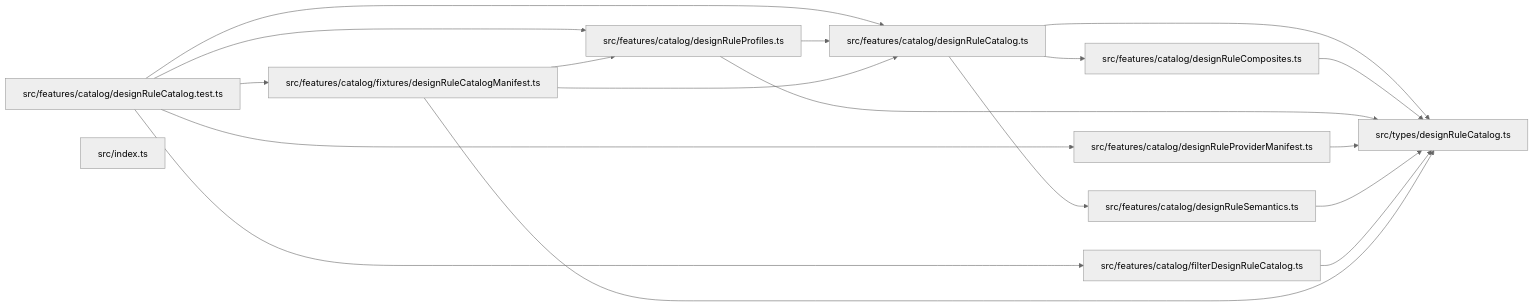
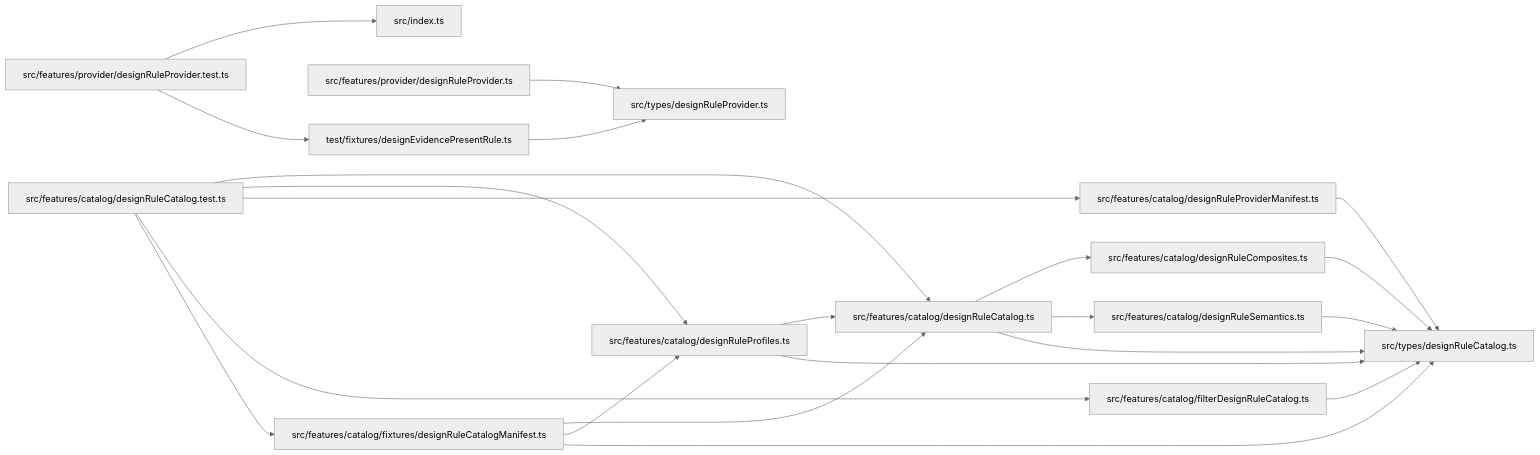
One commit to ankhorage/rules-design changed the diagram in paradox/diagrams/module-relationships.mmd. Above: the diagram before and after it, drawn with Mermaid (neutral theme). The commit also changed 11 other files, not shown here.

```diff
--- a/paradox/diagrams/module-relationships.mmd
+++ b/paradox/diagrams/module-relationships.mmd
@@ -1,28 +1,36 @@
 graph LR
   module_src_features_catalog_designRuleCatalog_test_ts["src/features/catalog/designRuleCatalog.test.ts"]
   module_src_features_catalog_designRuleCatalog_ts["src/features/catalog/designRuleCatalog.ts"]
   module_src_features_catalog_designRuleComposites_ts["src/features/catalog/designRuleComposites.ts"]
   module_src_features_catalog_designRuleProfiles_ts["src/features/catalog/designRuleProfiles.ts"]
   module_src_features_catalog_designRuleProviderManifest_ts["src/features/catalog/designRuleProviderManifest.ts"]
   module_src_features_catalog_designRuleSemantics_ts["src/features/catalog/designRuleSemantics.ts"]
   module_src_features_catalog_filterDesignRuleCatalog_ts["src/features/catalog/filterDesignRuleCatalog.ts"]
   module_src_features_catalog_fixtures_designRuleCatalogManifest_ts["src/features/catalog/fixtures/designRuleCatalogManifest.ts"]
+  module_src_features_provider_designRuleProvider_test_ts["src/features/provider/designRuleProvider.test.ts"]
+  module_src_features_provider_designRuleProvider_ts["src/features/provider/designRuleProvider.ts"]
   module_src_index_ts["src/index.ts"]
   module_src_types_designRuleCatalog_ts["src/types/designRuleCatalog.ts"]
+  module_src_types_designRuleProvider_ts["src/types/designRuleProvider.ts"]
+  module_test_fixtures_designEvidencePresentRule_ts["test/fixtures/designEvidencePresentRule.ts"]
   module_src_features_catalog_designRuleCatalog_test_ts --> module_src_features_catalog_designRuleCatalog_ts
   module_src_features_catalog_designRuleCatalog_test_ts --> module_src_features_catalog_designRuleProfiles_ts
   module_src_features_catalog_designRuleCatalog_test_ts --> module_src_features_catalog_designRuleProviderManifest_ts
   module_src_features_catalog_designRuleCatalog_test_ts --> module_src_features_catalog_filterDesignRuleCatalog_ts
   module_src_features_catalog_designRuleCatalog_test_ts --> module_src_features_catalog_fixtures_designRuleCatalogManifest_ts
   module_src_features_catalog_designRuleCatalog_ts --> module_src_features_catalog_designRuleComposites_ts
   module_src_features_catalog_designRuleCatalog_ts --> module_src_features_catalog_designRuleSemantics_ts
   module_src_features_catalog_designRuleCatalog_ts --> module_src_types_designRuleCatalog_ts
   module_src_features_catalog_designRuleComposites_ts --> module_src_types_designRuleCatalog_ts
   module_src_features_catalog_designRuleProfiles_ts --> module_src_features_catalog_designRuleCatalog_ts
   module_src_features_catalog_designRuleProfiles_ts --> module_src_types_designRuleCatalog_ts
   module_src_features_catalog_designRuleProviderManifest_ts --> module_src_types_designRuleCatalog_ts
   module_src_features_catalog_designRuleSemantics_ts --> module_src_types_designRuleCatalog_ts
   module_src_features_catalog_filterDesignRuleCatalog_ts --> module_src_types_designRuleCatalog_ts
   module_src_features_catalog_fixtures_designRuleCatalogManifest_ts --> module_src_features_catalog_designRuleCatalog_ts
   module_src_features_catalog_fixtures_designRuleCatalogManifest_ts --> module_src_features_catalog_designRuleProfiles_ts
   module_src_features_catalog_fixtures_designRuleCatalogManifest_ts --> module_src_types_designRuleCatalog_ts
+  module_src_features_provider_designRuleProvider_test_ts --> module_src_index_ts
+  module_src_features_provider_designRuleProvider_test_ts --> module_test_fixtures_designEvidencePresentRule_ts
+  module_src_features_provider_designRuleProvider_ts --> module_src_types_designRuleProvider_ts
+  module_test_fixtures_designEvidencePresentRule_ts --> module_src_types_designRuleProvider_ts
```
